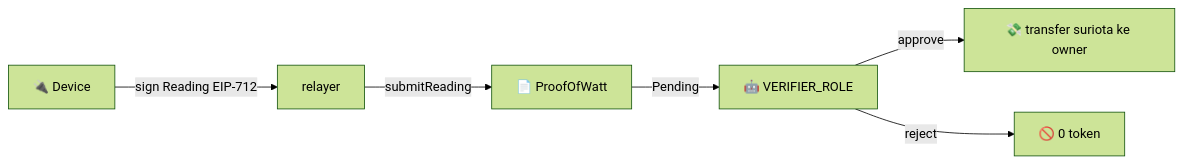
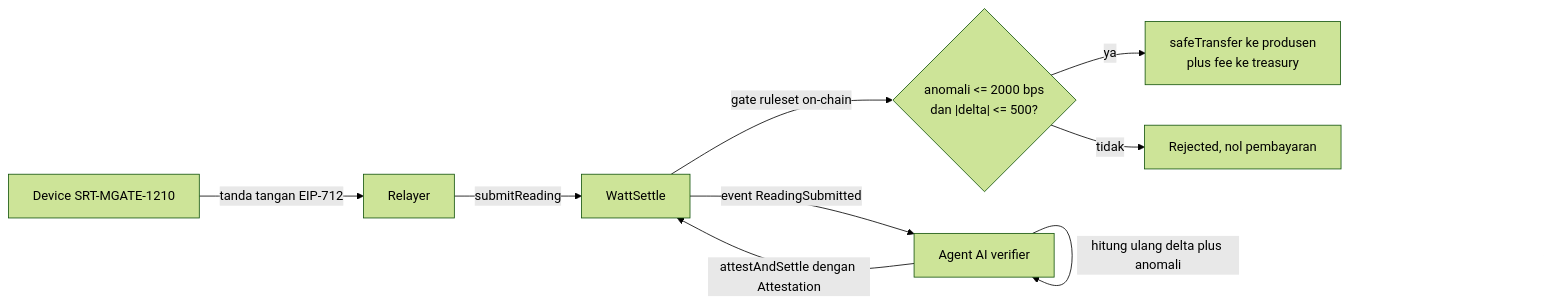
Before and after one commit to GifariKemal/wattsettle: the diagram in proofofwatt/README.md, drawn with Mermaid (forest theme). The commit also changed other lines of this file and 20 other files, not shown here.

First line of the commit message:
feat(contract): evolusi ProofOfWatt jadi WattSettle, live dan settle di chain 97

````diff
--- a/proofofwatt/README.md
+++ b/proofofwatt/README.md
@@ -23,8 +94,11 @@
 ```mermaid
 flowchart LR
-  DEV["🔌 Device"] -->|sign Reading EIP-712| REL["relayer"]
-  REL -->|submitReading| C["📄 ProofOfWatt"]
-  C -->|Pending| V["🤖 VERIFIER_ROLE"]
-  V -->|approve| PAY["💸 transfer suriota ke owner"]
-  V -->|reject| Z["🚫 0 token"]
+  DEV["Device SRT-MGATE-1210"] -->|tanda tangan EIP-712| REL["Relayer"]
+  REL -->|submitReading| C["WattSettle"]
+  C -->|event ReadingSubmitted| AG["Agent AI verifier"]
+  AG -->|hitung ulang delta plus anomali| AG
+  AG -->|attestAndSettle dengan Attestation| C
+  C -->|gate ruleset on-chain| G{"anomali &lt;= 2000 bps<br/>dan |delta| &lt;= 500?"}
+  G -->|ya| PAY["safeTransfer ke produsen<br/>plus fee ke treasury"]
+  G -->|tidak| REJ["Rejected, nol pembayaran"]
 ```
````
